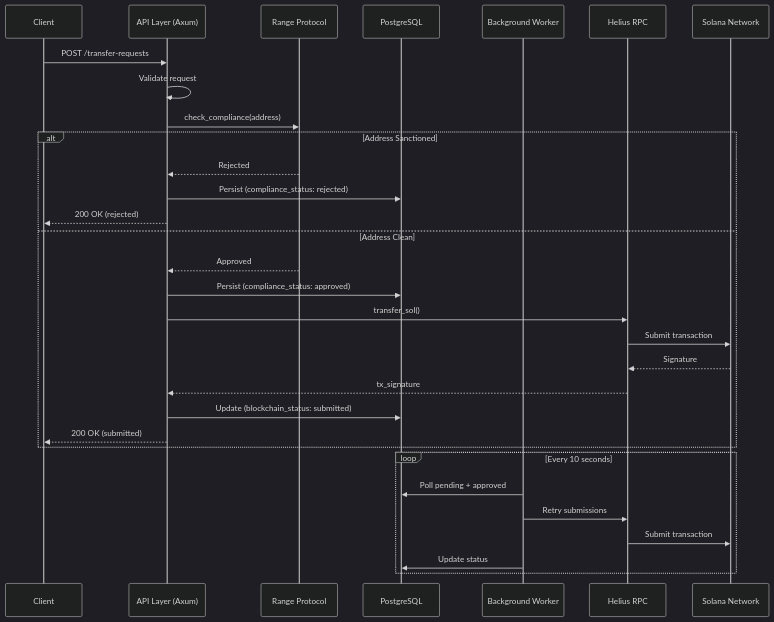
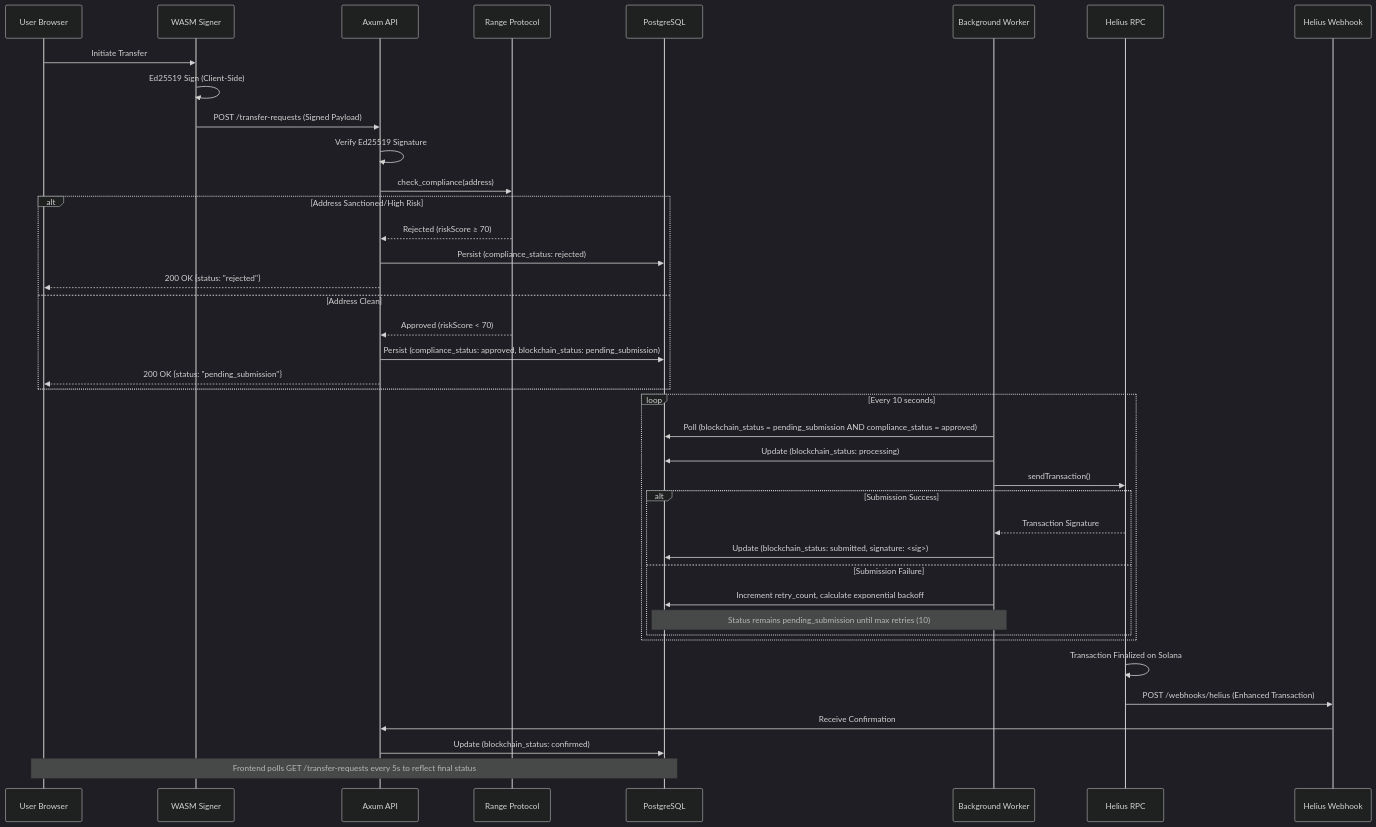
The diagram in README.md (Berektassuly/solana-compliance-relayer), drawn with Mermaid (dark theme) before and after one commit. The commit also changed other lines of this file, not shown here.

````diff
--- a/README.md
+++ b/README.md
@@ -87,36 +130,49 @@
 ```mermaid
 sequenceDiagram
-    participant Client
-    participant API as API Layer (Axum)
+    participant User as User Browser
+    participant WASM as WASM Signer
+    participant API as Axum API
     participant Range as Range Protocol
     participant DB as PostgreSQL
     participant Worker as Background Worker
     participant Helius as Helius RPC
-    participant Solana as Solana Network
+    participant Webhook as Helius Webhook
 
-    Client->>API: POST /transfer-requests
-    API->>API: Validate request
+    User->>WASM: Initiate Transfer
+    WASM->>WASM: Ed25519 Sign (Client-Side)
+    WASM->>API: POST /transfer-requests (Signed Payload)
+    
+    API->>API: Verify Ed25519 Signature
     API->>Range: check_compliance(address)
     
-    alt Address Sanctioned
-        Range-->>API: Rejected
+    alt Address Sanctioned/High Risk
+        Range-->>API: Rejected (riskScore ≥ 70)
         API->>DB: Persist (compliance_status: rejected)
-        API-->>Client: 200 OK (rejected)
+        API-->>User: 200 OK {status: "rejected"}
     else Address Clean
-        Range-->>API: Approved
-        API->>DB: Persist (compliance_status: approved)
-        API->>Helius: transfer_sol()
-        Helius->>Solana: Submit transaction
-        Solana-->>Helius: Signature
-        Helius-->>API: tx_signature
-        API->>DB: Update (blockchain_status: submitted)
-        API-->>Client: 200 OK (submitted)
+        Range-->>API: Approved (riskScore < 70)
+        API->>DB: Persist (compliance_status: approved, blockchain_status: pending_submission)
+        API-->>User: 200 OK {status: "pending_submission"}
     end
 
     loop Every 10 seconds
-        Worker->>DB: Poll pending + approved
-        Worker->>Helius: Retry submissions
-        Helius->>Solana: Submit transaction
-        Worker->>DB: Update status
+        Worker->>DB: Poll (blockchain_status = pending_submission AND compliance_status = approved)
+        Worker->>DB: Update (blockchain_status: processing)
+        Worker->>Helius: sendTransaction()
+        
+        alt Submission Success
+            Helius-->>Worker: Transaction Signature
+            Worker->>DB: Update (blockchain_status: submitted, signature: <sig>)
+        else Submission Failure
+            Worker->>DB: Increment retry_count, calculate exponential backoff
+            Note over Worker,DB: Status remains pending_submission until max retries (10)
+        end
     end
+
+    Helius->>Helius: Transaction Finalized on Solana
+    Helius->>Webhook: POST /webhooks/helius (Enhanced Transaction)
+    Webhook->>API: Receive Confirmation
+    API->>DB: Update (blockchain_status: confirmed)
+    
+    Note over User,DB: Frontend polls GET /transfer-requests every 5s to reflect final status
 ```
````
